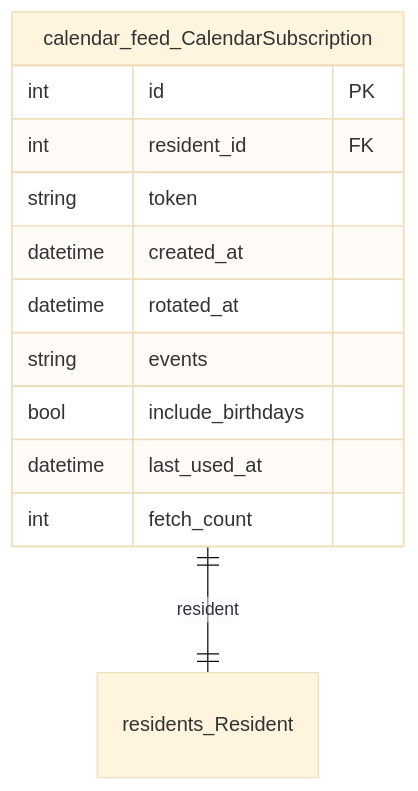
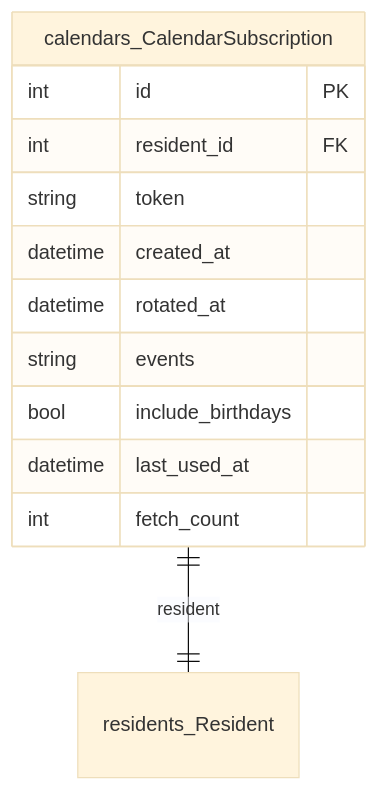
Before and after one commit to GAHK-org/gahk_intern: the fifth of 19 diagrams in docs/erd.md, drawn with Mermaid (base theme). The commit also changed other lines of this file and 30 other files, not shown here.

First line of the commit message:
Calendar: rename the app calendar_feed to calendars

````diff
--- a/docs/erd.md
+++ b/docs/erd.md
@@ -1263,18 +1263,18 @@
 ```mermaid
 erDiagram
-    calendar_feed_CalendarSubscription {
+    calendars_CalendarSubscription {
         int id PK
         int resident_id FK
         string token
         datetime created_at
         datetime rotated_at
         string events
         bool include_birthdays
         datetime last_used_at
         int fetch_count
     }
 
     residents_Resident { }
 
-    calendar_feed_CalendarSubscription ||--|| residents_Resident : "resident"
+    calendars_CalendarSubscription ||--|| residents_Resident : "resident"
 ```
````
